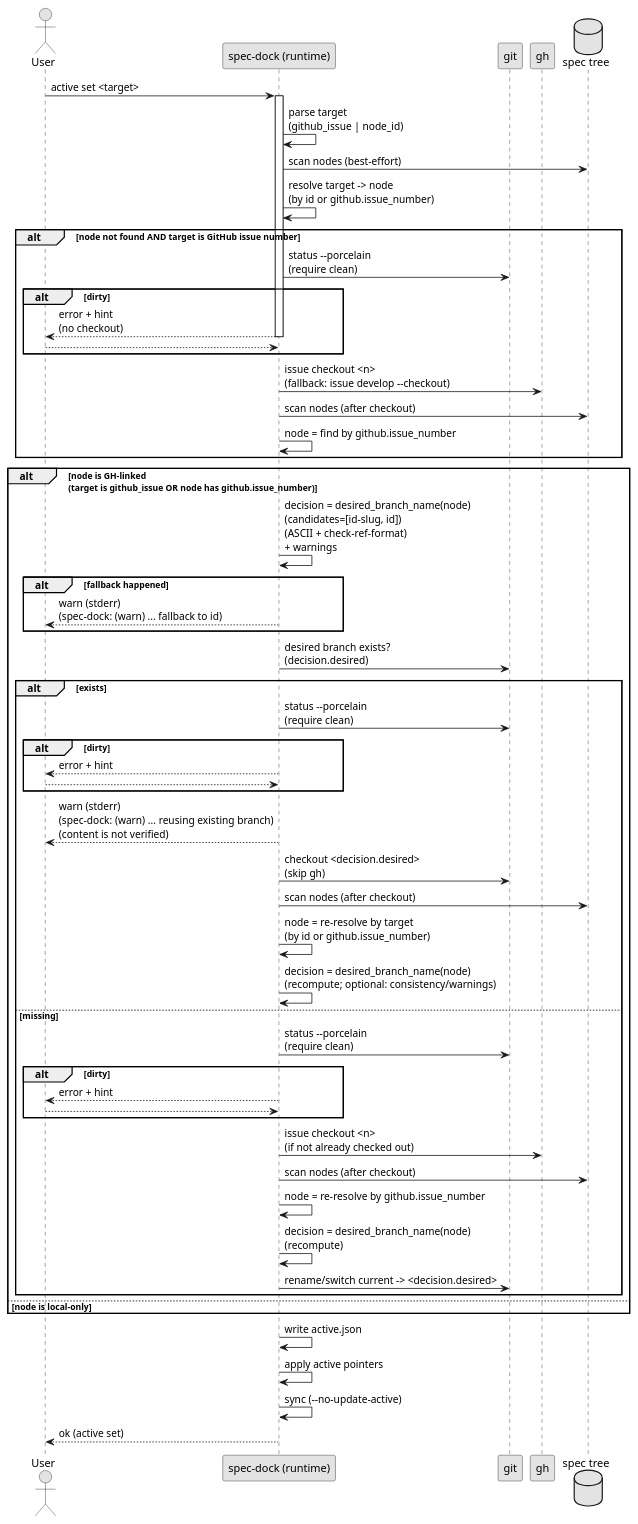
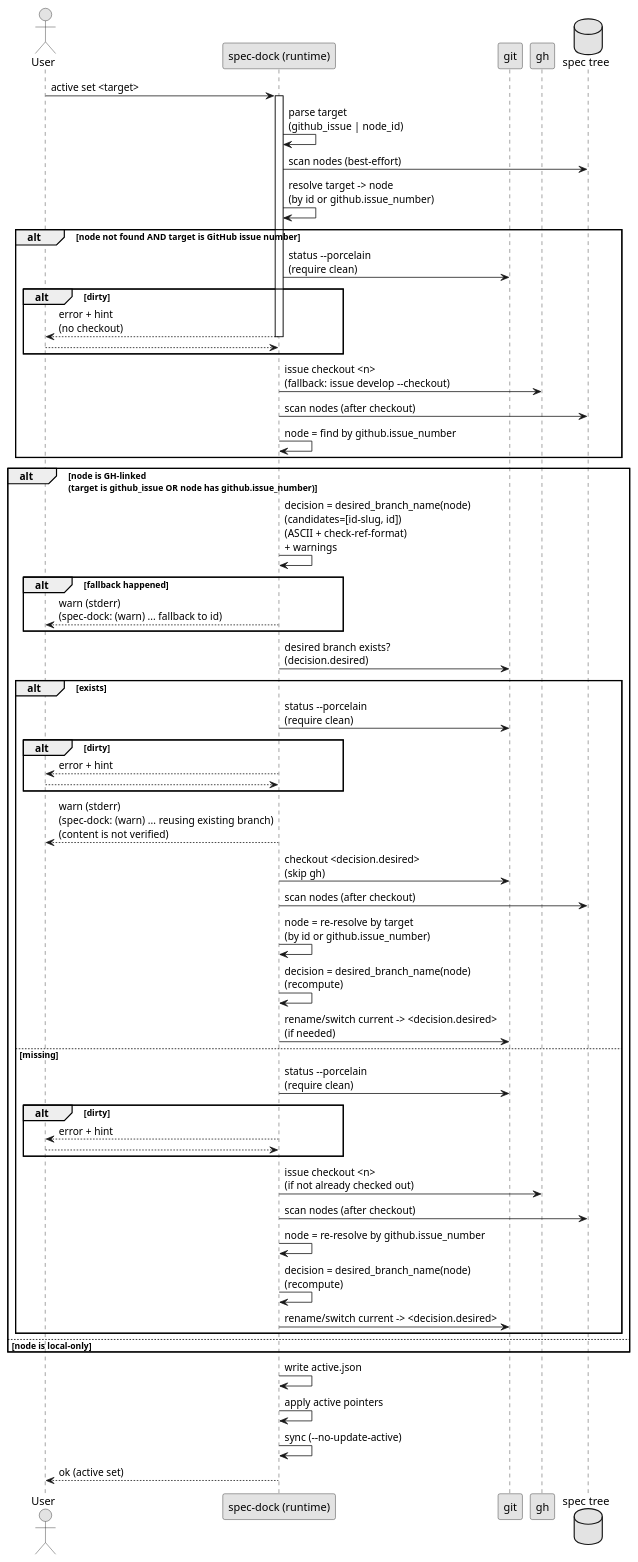
Before and after one commit to chemitaro/spec-dock: the first of 8 diagrams in tmp/issue-5/design.md, drawn with PlantUML. The commit also changed other lines of this file and 2 other files, not shown here.

Commit message:
docs: AC-011を既存ブランチ再利用の命名再計算要件へ反映 - `tmp/issue-5/design.md` で既存ブランチ再利用時に checkout 後の再解決・再計算を行い最終 branch 名を desired へ寄せる仕様を追記 - `tmp/issue-5/plan.md` に AC-011 を追加し、S10 ステップとして設計反映・検証条件を登録 - `tmp/issue-5/requirement.md` に slug ずれ条件下の `active set` 挙動と観測点（`git rev-parse --abbrev-ref HEAD`）を追加

````diff
--- a/tmp/issue-5/design.md
+++ b/tmp/issue-5/design.md
@@ -87,74 +88,75 @@
 ```plantuml
 @startuml
 skinparam monochrome true
 
 actor User
 participant "spec-dock (runtime)" as Script
 participant "git" as Git
 participant "gh" as GH
 database "spec tree" as FS
 
 User -> Script: active set <target>
 activate Script
 
 Script -> Script: parse target\n(github_issue | node_id)
 Script -> FS: scan nodes (best-effort)
 Script -> Script: resolve target -> node\n(by id or github.issue_number)
 
 alt node not found AND target is GitHub issue number
   Script -> Git: status --porcelain\n(require clean)
   alt dirty
     Script --> User: error + hint\n(no checkout)
     deactivate Script
     return
   end
   Script -> GH: issue checkout <n>\n(fallback: issue develop --checkout)
   Script -> FS: scan nodes (after checkout)
   Script -> Script: node = find by github.issue_number
 end
 
 alt node is GH-linked\n(target is github_issue OR node has github.issue_number)
   Script -> Script: decision = desired_branch_name(node)\n(candidates=[id-slug, id])\n(ASCII + check-ref-format)\n+ warnings
   alt fallback happened
     Script --> User: warn (stderr)\n(spec-dock: (warn) ... fallback to id)
   end
 
   Script -> Git: desired branch exists?\n(decision.desired)
   alt exists
-    Script -> Git: status --porcelain\n(require clean)
-    alt dirty
-      Script --> User: error + hint
-      deactivate Script
-      return
-    end
-    Script --> User: warn (stderr)\n(spec-dock: (warn) ... reusing existing branch)\n(content is not verified)
-    Script -> Git: checkout <decision.desired>\n(skip gh)
-    Script -> FS: scan nodes (after checkout)
-    Script -> Script: node = re-resolve by target\n(by id or github.issue_number)
-    Script -> Script: decision = desired_branch_name(node)\n(recompute; optional: consistency/warnings)
-  else missing
-    Script -> Git: status --porcelain\n(require clean)
-    alt dirty
-      Script --> User: error + hint
-      deactivate Script
+	  Script -> Git: status --porcelain\n(require clean)
+	  alt dirty
+	    Script --> User: error + hint
+	    deactivate Script
+	    return
+	  end
+	  Script --> User: warn (stderr)\n(spec-dock: (warn) ... reusing existing branch)\n(content is not verified)
+	  Script -> Git: checkout <decision.desired>\n(skip gh)
+	  Script -> FS: scan nodes (after checkout)
+	  Script -> Script: node = re-resolve by target\n(by id or github.issue_number)
+	  Script -> Script: decision = desired_branch_name(node)\n(recompute)
+	  Script -> Git: rename/switch current -> <decision.desired>\n(if needed)
+	else missing
+	    Script -> Git: status --porcelain\n(require clean)
+	    alt dirty
+	      Script --> User: error + hint
+	      deactivate Script
       return
     end
     Script -> GH: issue checkout <n>\n(if not already checked out)
     Script -> FS: scan nodes (after checkout)
     Script -> Script: node = re-resolve by github.issue_number
     Script -> Script: decision = desired_branch_name(node)\n(recompute)
     Script -> Git: rename/switch current -> <decision.desired>
   end
 else node is local-only
   note right
     Local-only node (no GitHub link)\n=> do not checkout/rename branches\n(update active.json only)
   end note
 end
 
 Script -> Script: write active.json
 Script -> Script: apply active pointers
 Script -> Script: sync (--no-update-active)
 Script --> User: ok (active set)
 deactivate Script
 @enduml
 ```
````
